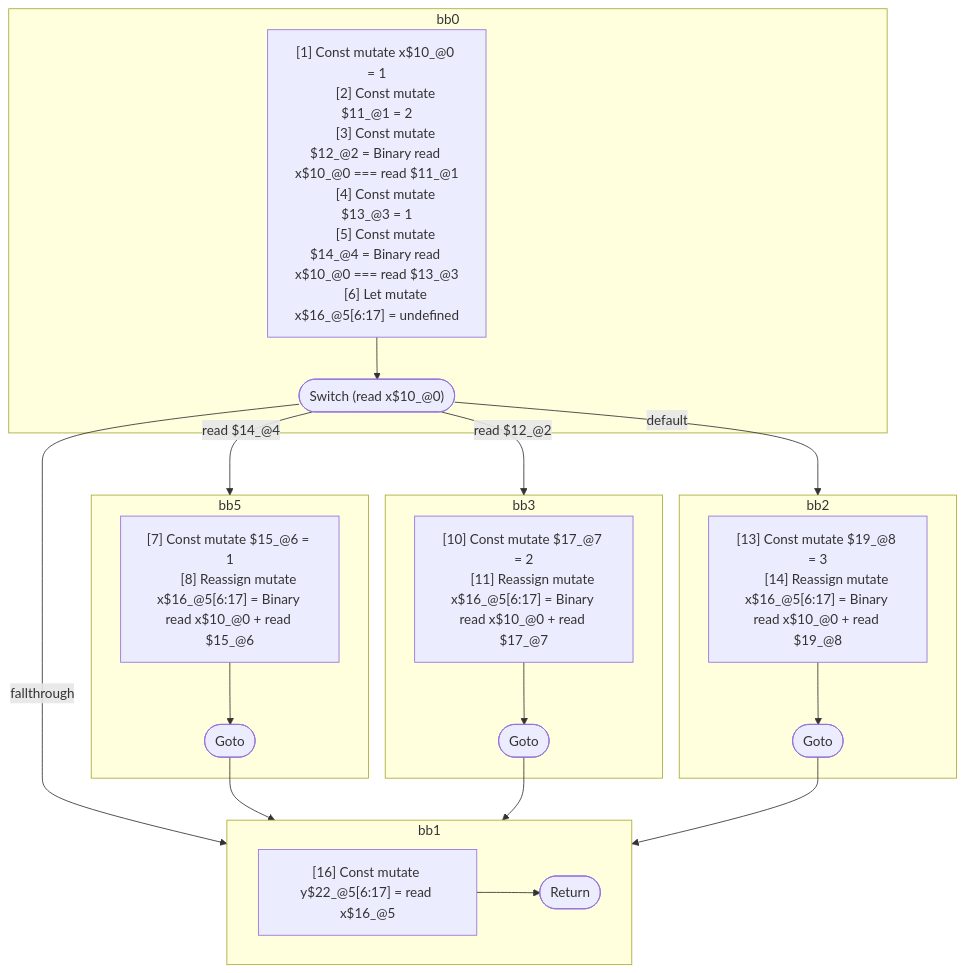
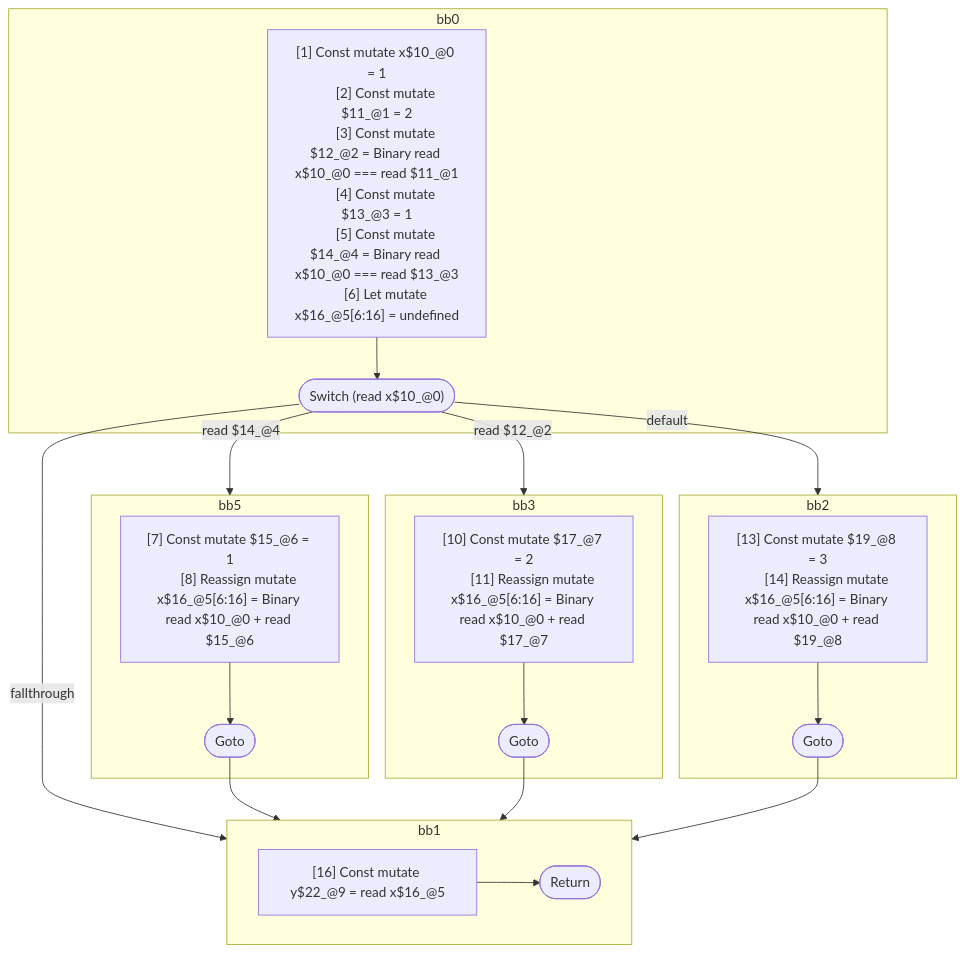
The diagram in compiler/forget/src/__tests__/fixtures/hir/ssa-switch.expect.md (wutsmog/private), drawn with Mermaid before and after one commit. The commit also changed other lines of this file and 9 other files, not shown here.

````diff
--- a/compiler/forget/src/__tests__/fixtures/hir/ssa-switch.expect.md
+++ b/compiler/forget/src/__tests__/fixtures/hir/ssa-switch.expect.md
@@ -79,52 +81,52 @@
 ```mermaid
 flowchart TB
   %% Basic Blocks
   subgraph bb0
     bb0_instrs["
       [1] Const mutate x$10_@0 = 1
       [2] Const mutate $11_@1 = 2
       [3] Const mutate $12_@2 = Binary read x$10_@0 === read $11_@1
       [4] Const mutate $13_@3 = 1
       [5] Const mutate $14_@4 = Binary read x$10_@0 === read $13_@3
-      [6] Let mutate x$16_@5[6:17] = undefined
+      [6] Let mutate x$16_@5[6:16] = undefined
     "]
     bb0_instrs --> bb0_terminal(["Switch (read x$10_@0)"])
   end
   subgraph bb5
     bb5_instrs["
       [7] Const mutate $15_@6 = 1
-      [8] Reassign mutate x$16_@5[6:17] = Binary read x$10_@0 + read $15_@6
+      [8] Reassign mutate x$16_@5[6:16] = Binary read x$10_@0 + read $15_@6
     "]
     bb5_instrs --> bb5_terminal(["Goto"])
   end
   subgraph bb3
     bb3_instrs["
       [10] Const mutate $17_@7 = 2
-      [11] Reassign mutate x$16_@5[6:17] = Binary read x$10_@0 + read $17_@7
+      [11] Reassign mutate x$16_@5[6:16] = Binary read x$10_@0 + read $17_@7
     "]
     bb3_instrs --> bb3_terminal(["Goto"])
   end
   subgraph bb2
     bb2_instrs["
       [13] Const mutate $19_@8 = 3
-      [14] Reassign mutate x$16_@5[6:17] = Binary read x$10_@0 + read $19_@8
+      [14] Reassign mutate x$16_@5[6:16] = Binary read x$10_@0 + read $19_@8
     "]
     bb2_instrs --> bb2_terminal(["Goto"])
   end
   subgraph bb1
     bb1_instrs["
-      [16] Const mutate y$22_@5[6:17] = read x$16_@5
+      [16] Const mutate y$22_@9 = read x$16_@5
     "]
     bb1_instrs --> bb1_terminal(["Return"])
   end
 
   %% Jumps
   bb0_terminal -- "read $14_@4" --> bb5
   bb0_terminal -- "read $12_@2" --> bb3
   bb0_terminal -- "default" --> bb2
   bb0_terminal -- "fallthrough" --> bb1
   bb5_terminal --> bb1
   bb3_terminal --> bb1
   bb2_terminal --> bb1
 
 ```
````
